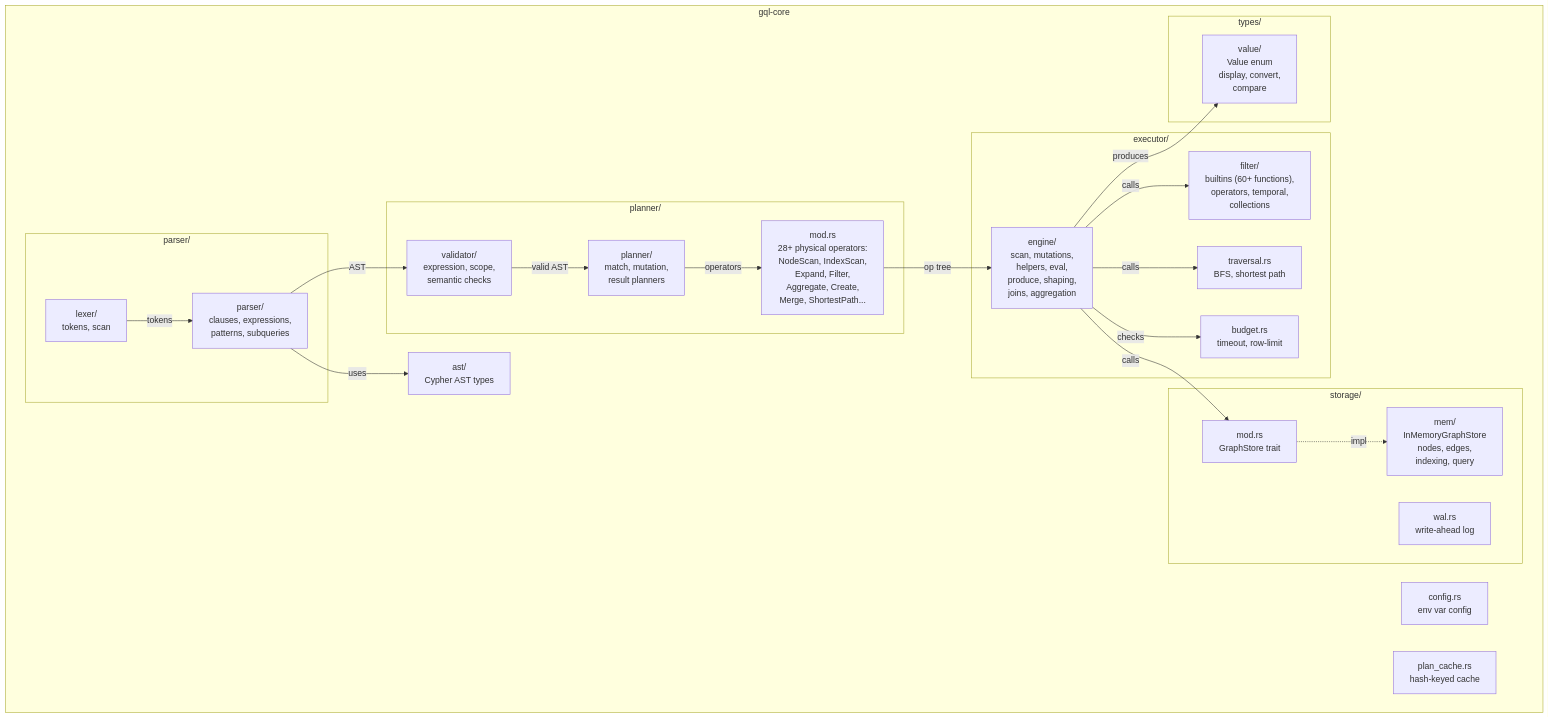
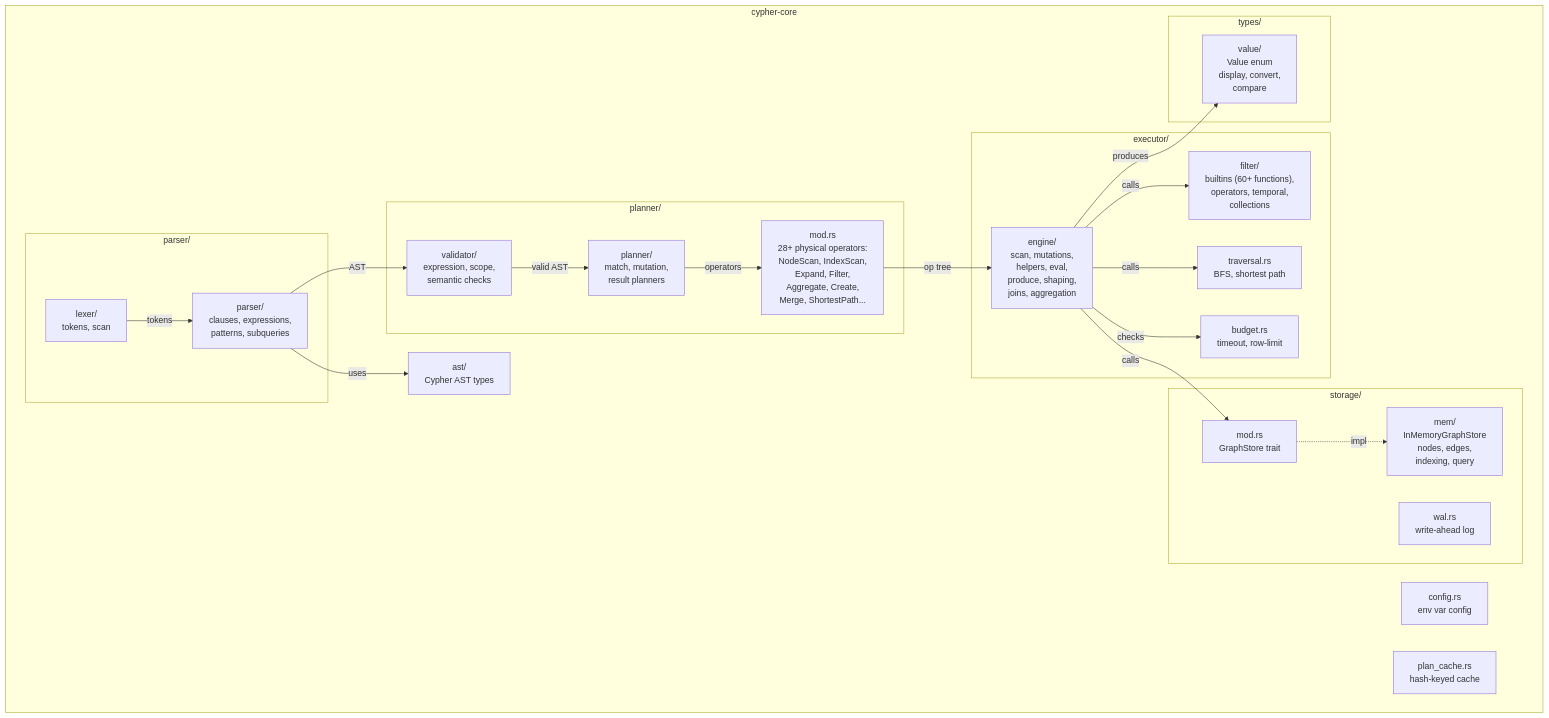
The first of 5 diagrams in docs/atlas/service-components/README.md (rysweet/SedanDelivery), drawn with Mermaid before and after one commit. The commit also changed other lines of this file and 488 other files, not shown here.

First line of the commit message:
feat(cypher-core): architecture cleanup + PersistentGraphStore (#1093)

````diff
--- a/docs/atlas/service-components/README.md
+++ b/docs/atlas/service-components/README.md
@@ -13,49 +13,49 @@
 ```mermaid
 graph TD
-    subgraph gql_core["gql-core"]
+    subgraph cypher_core["cypher-core"]
         subgraph parser_mod["parser/"]
             lexer["lexer/\ntokens, scan"]
             parser_inner["parser/\nclauses, expressions,\npatterns, subqueries"]
         end
 
         subgraph planner_mod["planner/"]
             validator["validator/\nexpression, scope,\nsemantic checks"]
             planner_inner["planner/\nmatch, mutation,\nresult planners"]
             operators["mod.rs\n28+ physical operators:\nNodeScan, IndexScan,\nExpand, Filter,\nAggregate, Create,\nMerge, ShortestPath..."]
         end
 
         subgraph executor_mod["executor/"]
             engine["engine/\nscan, mutations,\nhelpers, eval,\nproduce, shaping,\njoins, aggregation"]
             filter["filter/\nbuiltins (60+ functions),\noperators, temporal,\ncollections"]
             traversal["traversal.rs\nBFS, shortest path"]
             budget["budget.rs\ntimeout, row-limit"]
         end
 
         subgraph storage_mod["storage/"]
             graphstore["mod.rs\nGraphStore trait"]
             mem_store["mem/\nInMemoryGraphStore\nnodes, edges,\nindexing, query"]
             wal["wal.rs\nwrite-ahead log"]
         end
 
         subgraph types_mod["types/"]
             value["value/\nValue enum\ndisplay, convert,\ncompare"]
         end
 
         ast["ast/\nCypher AST types"]
         config["config.rs\nenv var config"]
         plan_cache["plan_cache.rs\nhash-keyed cache"]
     end
 
     lexer -->|"tokens"| parser_inner
     parser_inner -->|"AST"| validator
     validator -->|"valid AST"| planner_inner
     planner_inner -->|"operators"| operators
     operators -->|"op tree"| engine
     engine -->|"calls"| graphstore
     engine -->|"calls"| filter
     engine -->|"calls"| traversal
     engine -->|"checks"| budget
     graphstore -.->|"impl"| mem_store
     parser_inner -->|"uses"| ast
     engine -->|"produces"| value
 ```
````
